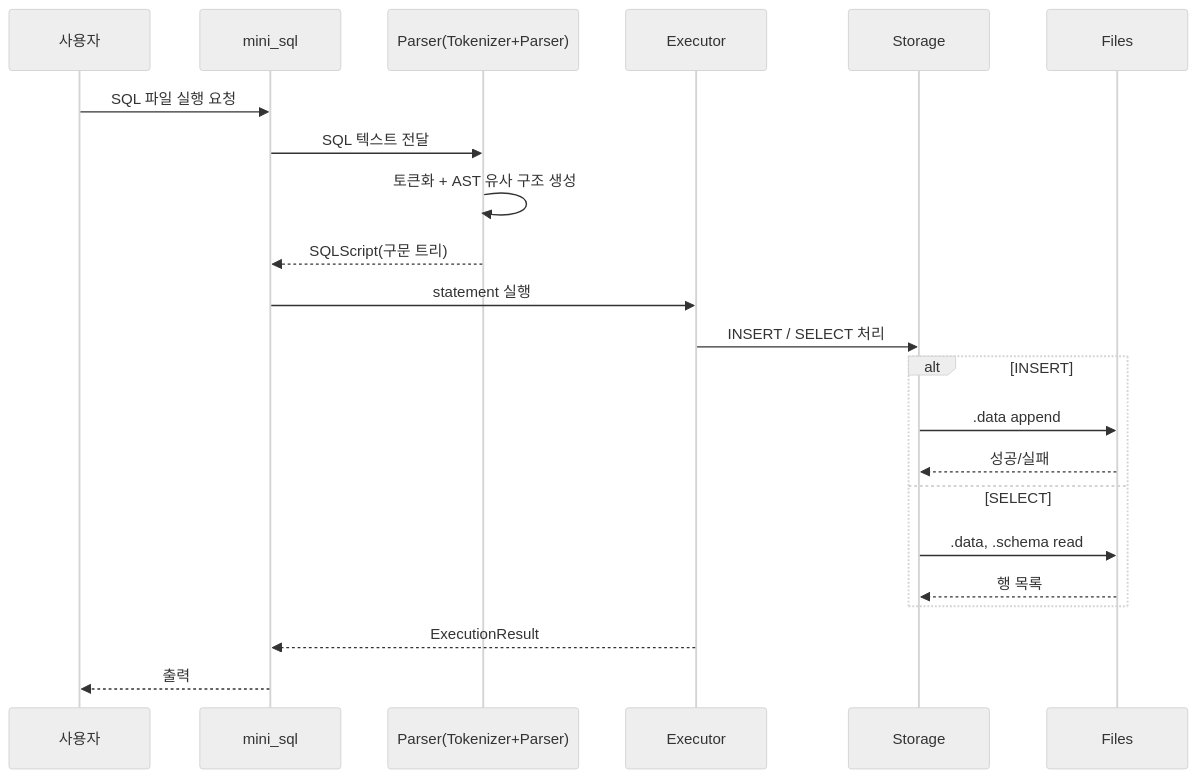
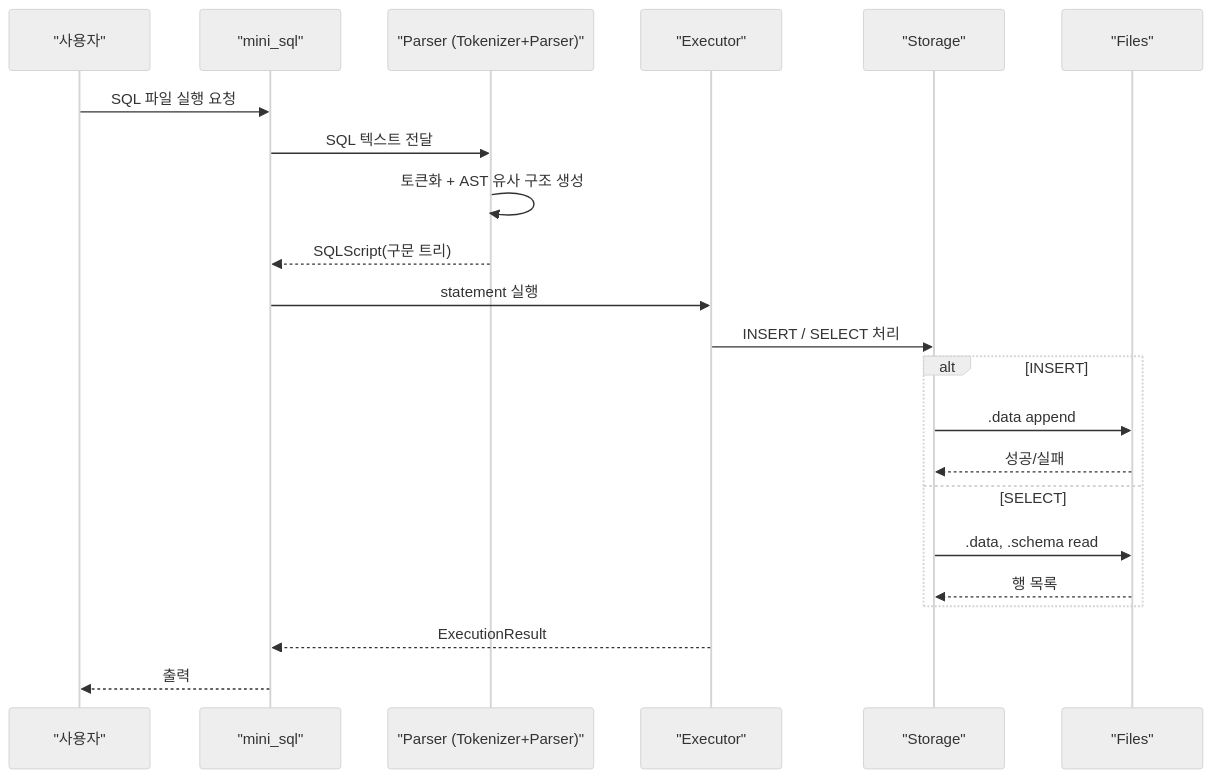
The second of 3 diagrams in README.md (iamnuked/wk06-mini-sql), drawn with Mermaid (neutral theme) before and after one commit. The commit also changed other lines of this file, not shown here.

Commit message:
Fix Mermaid diagrams in README

````diff
--- a/README.md
+++ b/README.md
@@ -44,25 +40,25 @@
 ```mermaid
 sequenceDiagram
-    participant U as 사용자
-    participant CLI as mini_sql
-    participant P as Parser(Tokenizer+Parser)
-    participant X as Executor
-    participant S as Storage
-    participant F as Files
+    participant U as "사용자"
+    participant CLI as "mini_sql"
+    participant P as "Parser (Tokenizer+Parser)"
+    participant X as "Executor"
+    participant S as "Storage"
+    participant F as "Files"
 
     U->>CLI: SQL 파일 실행 요청
     CLI->>P: SQL 텍스트 전달
     P->>P: 토큰화 + AST 유사 구조 생성
     P-->>CLI: SQLScript(구문 트리)
     CLI->>X: statement 실행
     X->>S: INSERT / SELECT 처리
     alt INSERT
         S->>F: .data append
         F-->>S: 성공/실패
     else SELECT
         S->>F: .data, .schema read
         F-->>S: 행 목록
     end
     X-->>CLI: ExecutionResult
     CLI-->>U: 출력
 ```
````
